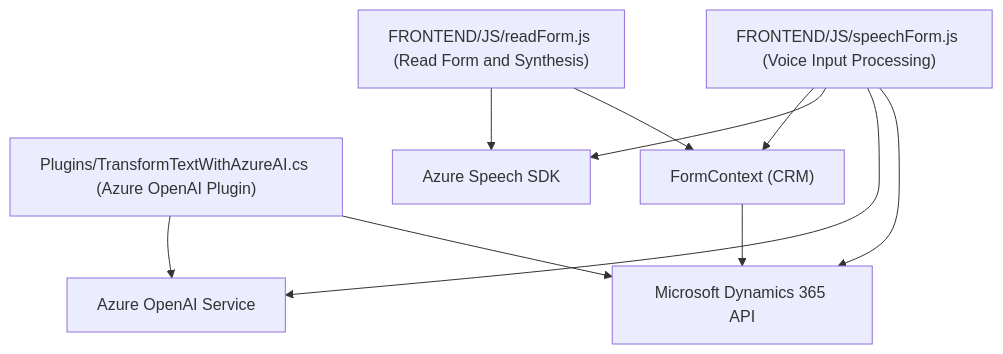
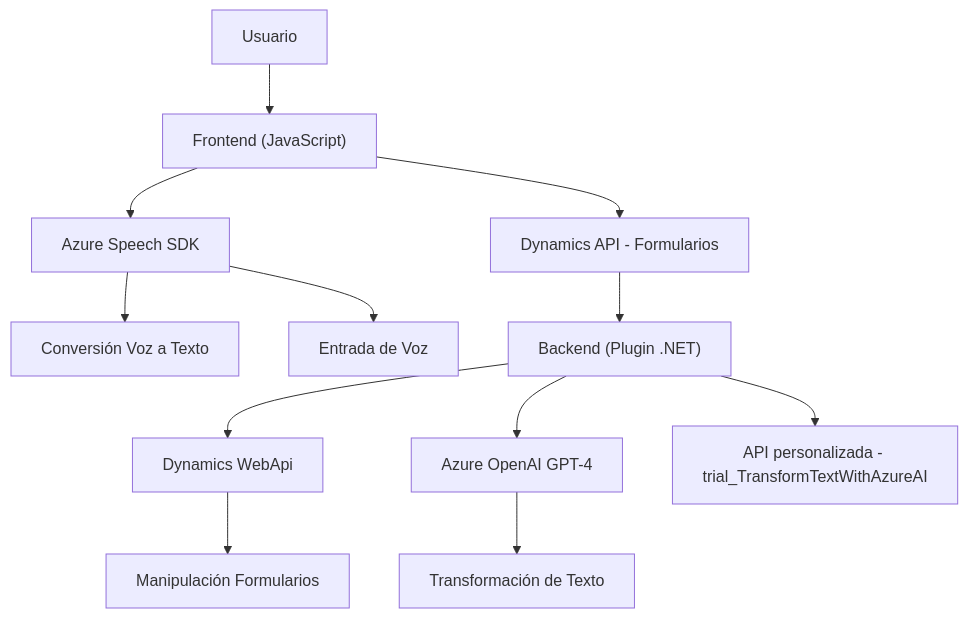
The diagram in README.md (blopezdm/NETCORE_BILBAO2025), drawn with Mermaid before and after one commit. The commit also changed other lines of this file, not shown here.

````diff
--- a/README.md
+++ b/README.md
@@ -48,20 +53,14 @@
 ```mermaid
 graph TD
-    A["FRONTEND/JS/readForm.js (Read Form and Synthesis)"]
-    B["FRONTEND/JS/speechForm.js (Voice Input Processing)"]
-    C["Plugins/TransformTextWithAzureAI.cs (Azure OpenAI Plugin)"]
-    D["Azure Speech SDK"]
-    E["Azure OpenAI Service"]
-    F["Microsoft Dynamics 365 API"]
-    G["FormContext (CRM)"]
-
-    A --> D
-    A --> G
-    B --> G
-    B --> D
-    B --> E
-    B --> F
-    C --> E
-    C --> F
-    G --> F
+    A["Usuario"] --> B["Frontend (JavaScript)"]
+    B["Frontend (JavaScript)"] --> C["Azure Speech SDK"]
+    B --> D["Dynamics API - Formularios"]
+    C --> E["Conversión Voz a Texto"]
+    C --> F["Entrada de Voz"]
+    D --> G["Backend (Plugin .NET)"]
+    G --> H["Dynamics WebApi"]
+    G --> I["Azure OpenAI GPT-4"]
+    I --> J["Transformación de Texto"]
+    H --> K["Manipulación Formularios"]
+    G --> L["API personalizada - trial_TransformTextWithAzureAI"]
 ```
````
